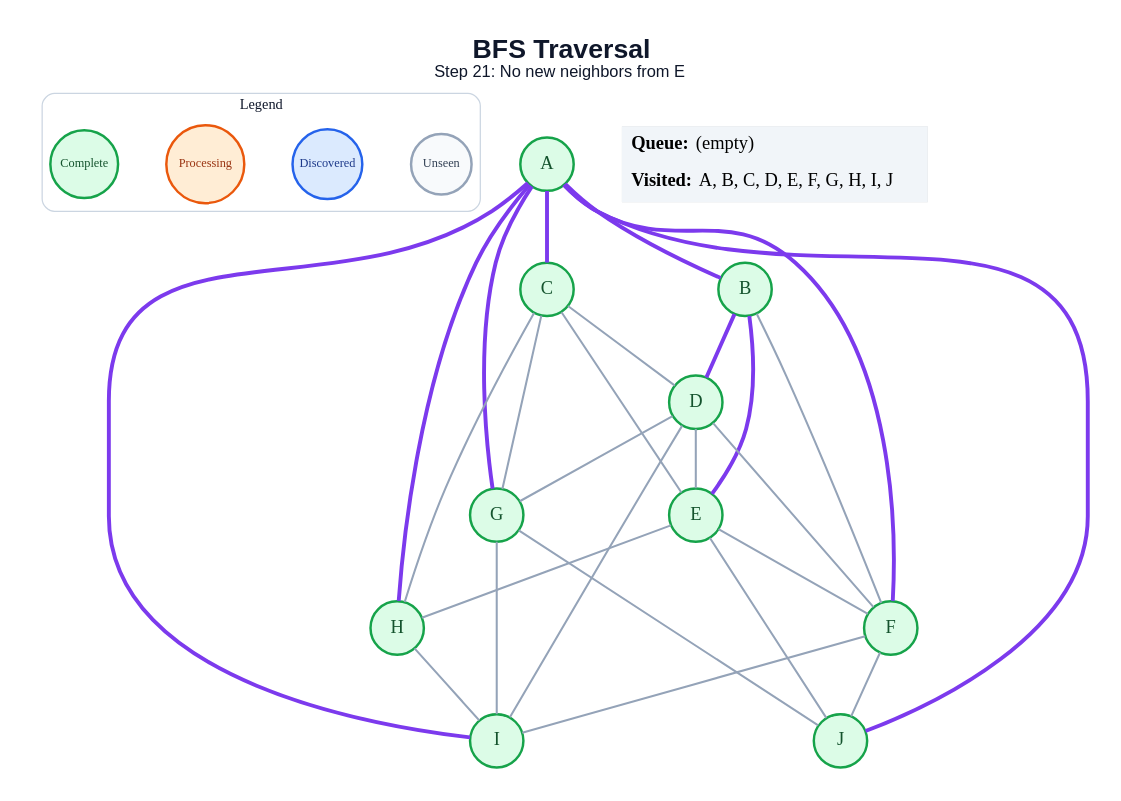
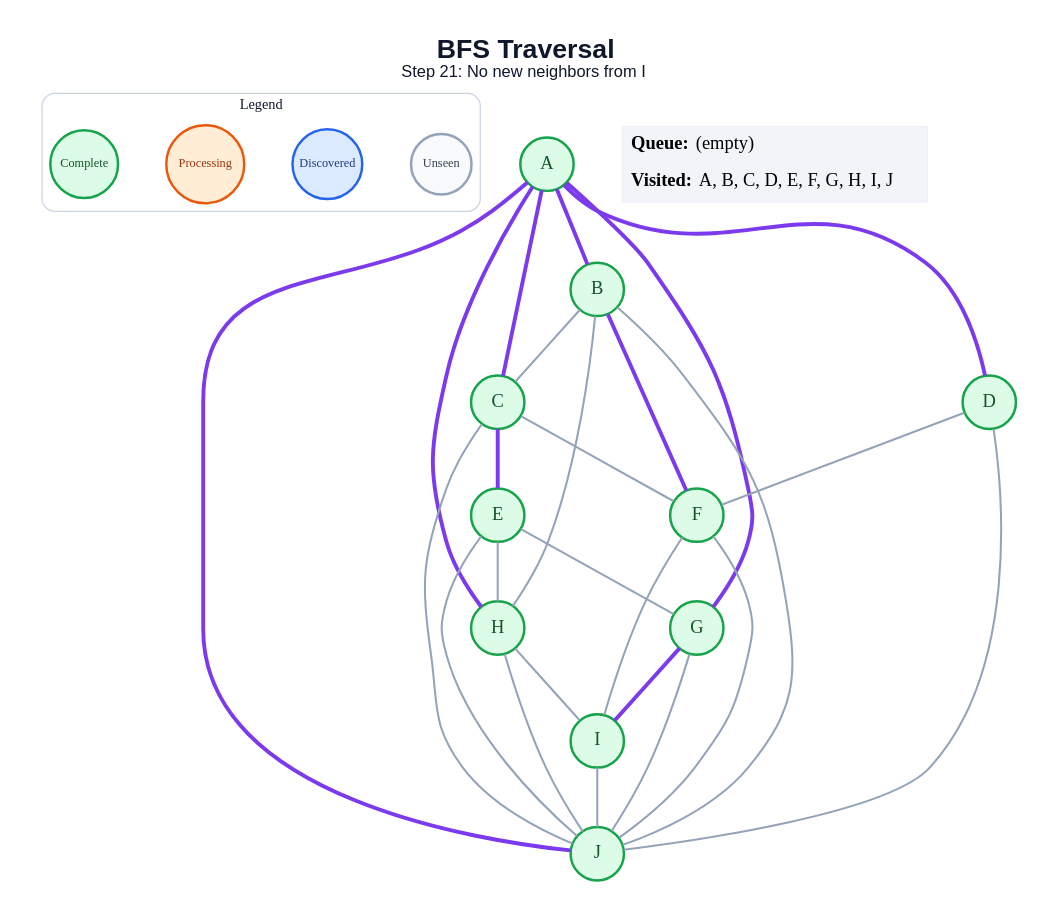
Before and after one commit to anon7238593-create/ai-slop: the diagram in generated/bfs/step_21.dot, drawn with Graphviz. The commit also changed 178 other files, not shown here.

```diff
--- a/generated/bfs/step_21.dot
+++ b/generated/bfs/step_21.dot
@@ -1,55 +1,54 @@
 graph traversal {
   graph [layout=dot, rankdir=TB, bgcolor="#FFFFFF", pad="0.35", nodesep="0.65", ranksep="0.8", fontname="Arial"];
   node [shape=circle, style="filled", fontname="Arial Bold", fontsize=18, width=0.72, fixedsize=true, penwidth=2.4];
   edge [color="#94A3B8", penwidth=2.0];
-  label=<<B>BFS Traversal</B><BR/><FONT POINT-SIZE="16">Step 21: No new neighbors from E</FONT>>; labelloc="t"; fontsize=26; fontname="Arial"; fontcolor="#0F172A";
+  label=<<B>BFS Traversal</B><BR/><FONT POINT-SIZE="16">Step 21: No new neighbors from I</FONT>>; labelloc="t"; fontsize=26; fontname="Arial"; fontcolor="#0F172A";
   subgraph cluster_legend { label="Legend"; color="#CBD5E1"; penwidth=1.2; style="rounded"; fontsize=14; fontname="Arial Bold";
     key_unseen [label="Unseen", fillcolor="#F8FAFC", color="#94A3B8", fontcolor="#334155", fontsize=12, width=0.82];
     key_frontier [label="Discovered", fillcolor="#DBEAFE", color="#2563EB", fontcolor="#1E3A8A", fontsize=12, width=0.95];
     key_current [label="Processing", fillcolor="#FFEDD5", color="#EA580C", fontcolor="#9A3412", fontsize=12, width=1.05];
     key_done [label="Complete", fillcolor="#DCFCE7", color="#16A34A", fontcolor="#14532D", fontsize=12, width=0.92];
     { rank=same; key_unseen; key_frontier; key_current; key_done; }
   }
   A [fillcolor="#DCFCE7", color="#16A34A", fontcolor="#14532D"];
   B [fillcolor="#DCFCE7", color="#16A34A", fontcolor="#14532D"];
   C [fillcolor="#DCFCE7", color="#16A34A", fontcolor="#14532D"];
   D [fillcolor="#DCFCE7", color="#16A34A", fontcolor="#14532D"];
   E [fillcolor="#DCFCE7", color="#16A34A", fontcolor="#14532D"];
   F [fillcolor="#DCFCE7", color="#16A34A", fontcolor="#14532D"];
   G [fillcolor="#DCFCE7", color="#16A34A", fontcolor="#14532D"];
   H [fillcolor="#DCFCE7", color="#16A34A", fontcolor="#14532D"];
   I [fillcolor="#DCFCE7", color="#16A34A", fontcolor="#14532D"];
   J [fillcolor="#DCFCE7", color="#16A34A", fontcolor="#14532D"];
   A -- B [color="#7C3AED", penwidth=3.8];
   A -- C [color="#7C3AED", penwidth=3.8];
-  A -- F [color="#7C3AED", penwidth=3.8];
+  A -- D [color="#7C3AED", penwidth=3.8];
   A -- G [color="#7C3AED", penwidth=3.8];
   A -- H [color="#7C3AED", penwidth=3.8];
-  A -- I [color="#7C3AED", penwidth=3.8];
   A -- J [color="#7C3AED", penwidth=3.8];
-  B -- D [color="#7C3AED", penwidth=3.8];
-  B -- E [color="#7C3AED", penwidth=3.8];
-  B -- F;
-  C -- D;
-  C -- E;
-  C -- G;
-  C -- H;
-  D -- E;
+  B -- C;
+  B -- F [color="#7C3AED", penwidth=3.8];
+  B -- H;
+  B -- J;
+  C -- E [color="#7C3AED", penwidth=3.8];
+  C -- F;
+  C -- J;
   D -- F;
-  D -- G;
-  D -- I;
-  E -- F;
+  D -- J;
+  E -- G;
   E -- H;
   E -- J;
   F -- I;
   F -- J;
-  G -- I;
+  G -- I [color="#7C3AED", penwidth=3.8];
   G -- J;
   H -- I;
+  H -- J;
+  I -- J;
   status [shape=plain, fixedsize=false, width=0, height=0, margin=0, label=<
     <TABLE BORDER="0" CELLBORDER="0" CELLPADDING="7" BGCOLOR="#F1F5F9">
       <TR><TD ALIGN="LEFT"><B>Queue:</B> (empty)</TD></TR>
       <TR><TD ALIGN="LEFT"><B>Visited:</B> A, B, C, D, E, F, G, H, I, J</TD></TR>
     </TABLE>
   >];
 }
```
